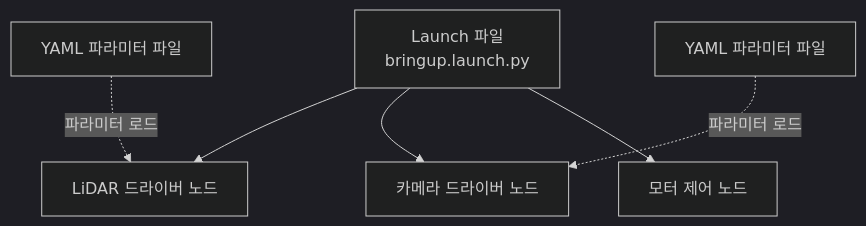
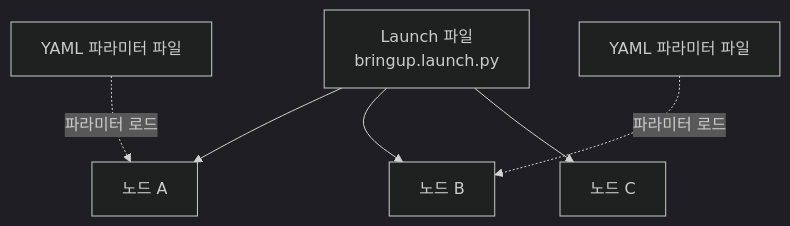
The diagram in ROS2 기초/06_Launch_파일_작성법.md (codebaragi23/ROS2-doc), drawn with Mermaid (dark theme) before and after one commit. The commit also changed other lines of this file and 17 other files, not shown here.

````diff
--- a/ROS2 기초/06_Launch_파일_작성법.md
+++ b/ROS2 기초/06_Launch_파일_작성법.md
@@ -69,9 +69,9 @@
 ```mermaid
 flowchart TB
     L[Launch 파일
-bringup.launch.py] --> N1[LiDAR 드라이버 노드]
-    L --> N2[카메라 드라이버 노드]
-    L --> N3[모터 제어 노드]
+bringup.launch.py] --> N1[노드 A]
+    L --> N2[노드 B]
+    L --> N3[노드 C]
     Y[YAML 파라미터 파일] -.파라미터 로드.-> N1
     Y2[YAML 파라미터 파일] -.파라미터 로드.-> N2
 ```
````
